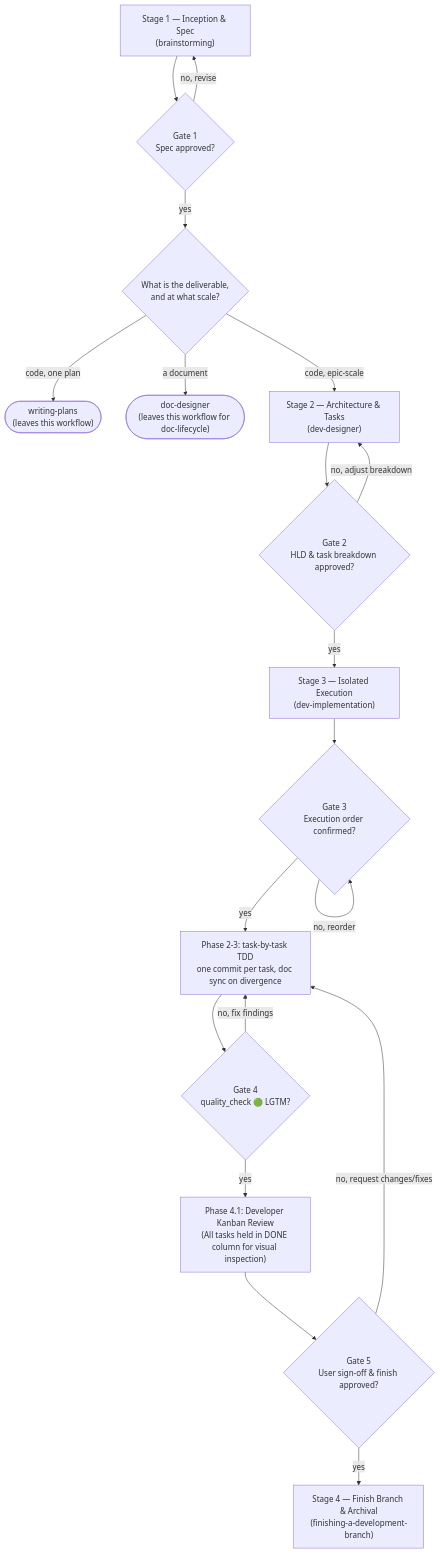
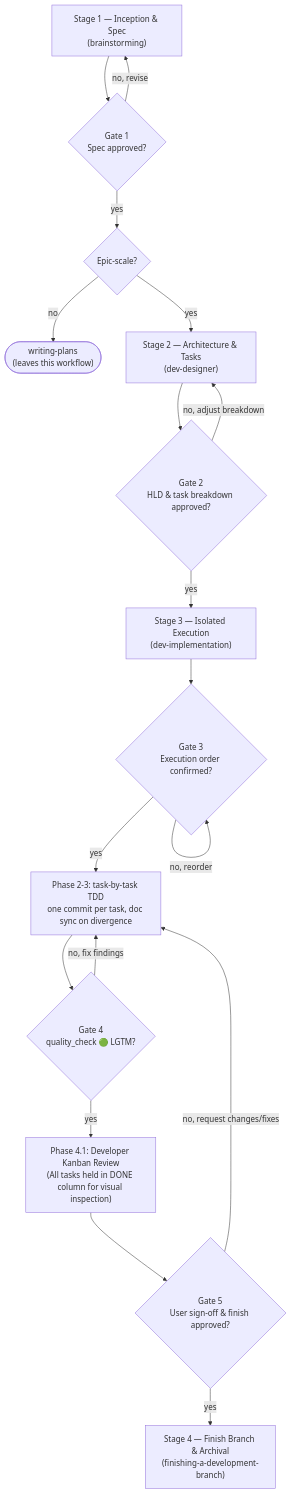
Before and after one commit to DanhDue/ai-agent-tools: the diagram in skills/dev-lifecycle/SKILL.md, drawn with Mermaid. The commit also changed other lines of this file, not shown here.

Commit message:
[DOC_LIFECYCLE] Keep document routing out of the development orchestrator
- doc-designer is stage 1 of doc-lifecycle; dev-lifecycle has no business naming it
- whoever invoked dev-lifecycle already decided the work is development
- brainstorming keeps all four exits, since it is the shared front door

````diff
--- a/skills/dev-lifecycle/SKILL.md
+++ b/skills/dev-lifecycle/SKILL.md
@@ -22,37 +22,35 @@
 ```mermaid
 flowchart TD
     S1["Stage 1 — Inception &amp; Spec<br/>(brainstorming)"]
     G1{"Gate 1<br/>Spec approved?"}
-    ROUTE{"What is the deliverable,<br/>and at what scale?"}
+    ROUTE{"Epic-scale?"}
     PLANS(["writing-plans<br/>(leaves this workflow)"])
-    DOCD(["doc-designer<br/>(leaves this workflow for doc-lifecycle)"])
     S2["Stage 2 — Architecture &amp; Tasks<br/>(dev-designer)"]
     G2{"Gate 2<br/>HLD &amp; task breakdown approved?"}
     S3["Stage 3 — Isolated Execution<br/>(dev-implementation)"]
     G3{"Gate 3<br/>Execution order confirmed?"}
     EXEC["Phase 2-3: task-by-task TDD<br/>one commit per task, doc sync on divergence"]
     G4{"Gate 4<br/>quality_check 🟢 LGTM?"}
     REVIEW["Phase 4.1: Developer Kanban Review<br/>(All tasks held in DONE column for visual inspection)"]
     G5{"Gate 5<br/>User sign-off &amp; finish approved?"}
     S4["Stage 4 — Finish Branch &amp; Archival<br/>(finishing-a-development-branch)"]
 
     S1 --> G1
     G1 -->|no, revise| S1
     G1 -->|yes| ROUTE
-    ROUTE -->|"code, one plan"| PLANS
-    ROUTE -->|"a document"| DOCD
-    ROUTE -->|"code, epic-scale"| S2
+    ROUTE -->|no| PLANS
+    ROUTE -->|yes| S2
     S2 --> G2
     G2 -->|no, adjust breakdown| S2
     G2 -->|yes| S3
     S3 --> G3
     G3 -->|no, reorder| G3
     G3 -->|yes| EXEC
     EXEC --> G4
     G4 -->|no, fix findings| EXEC
     G4 -->|yes| REVIEW
     REVIEW --> G5
     G5 -->|no, request changes/fixes| EXEC
     G5 -->|yes| S4
 
 ```
````
